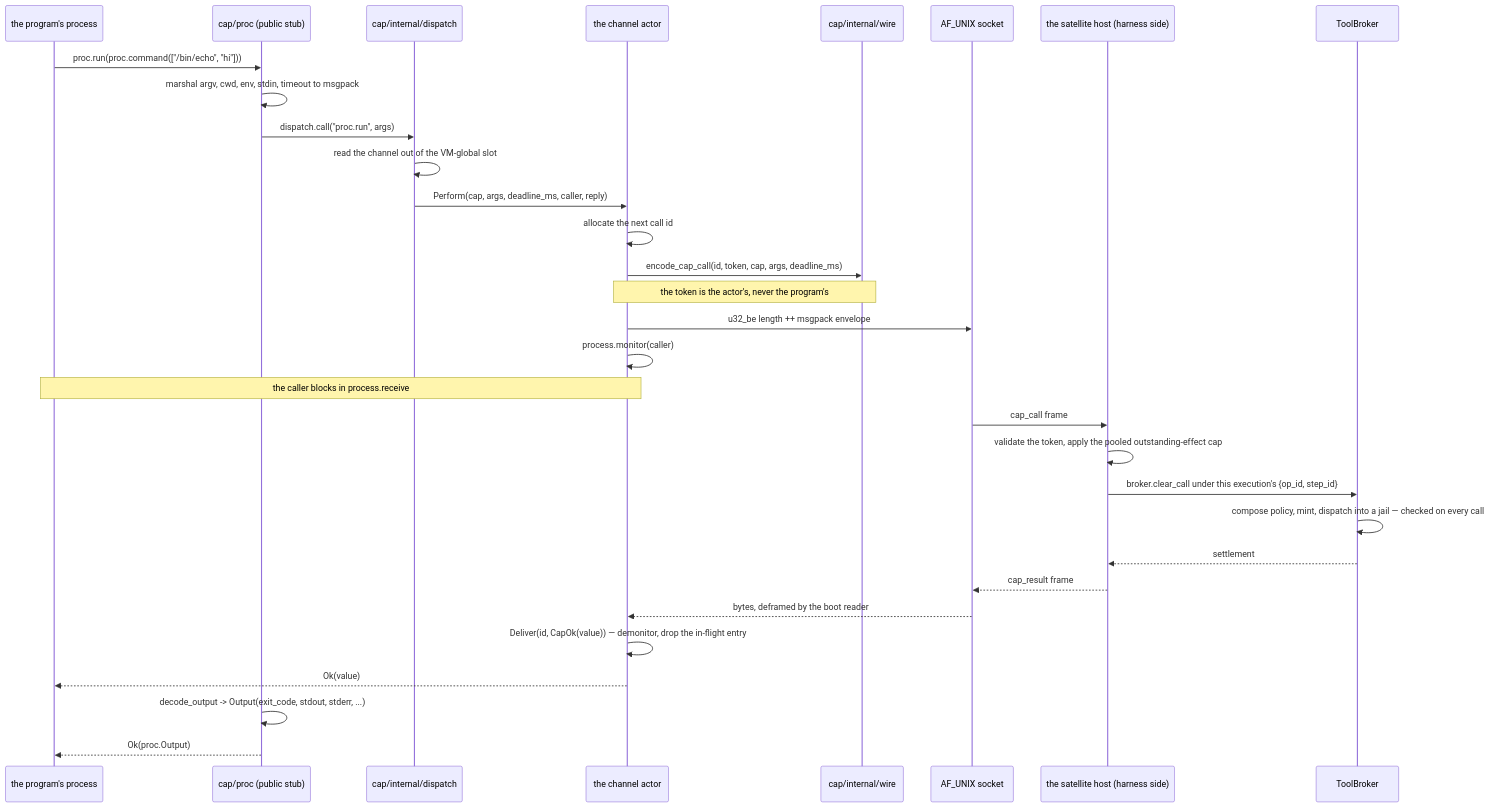
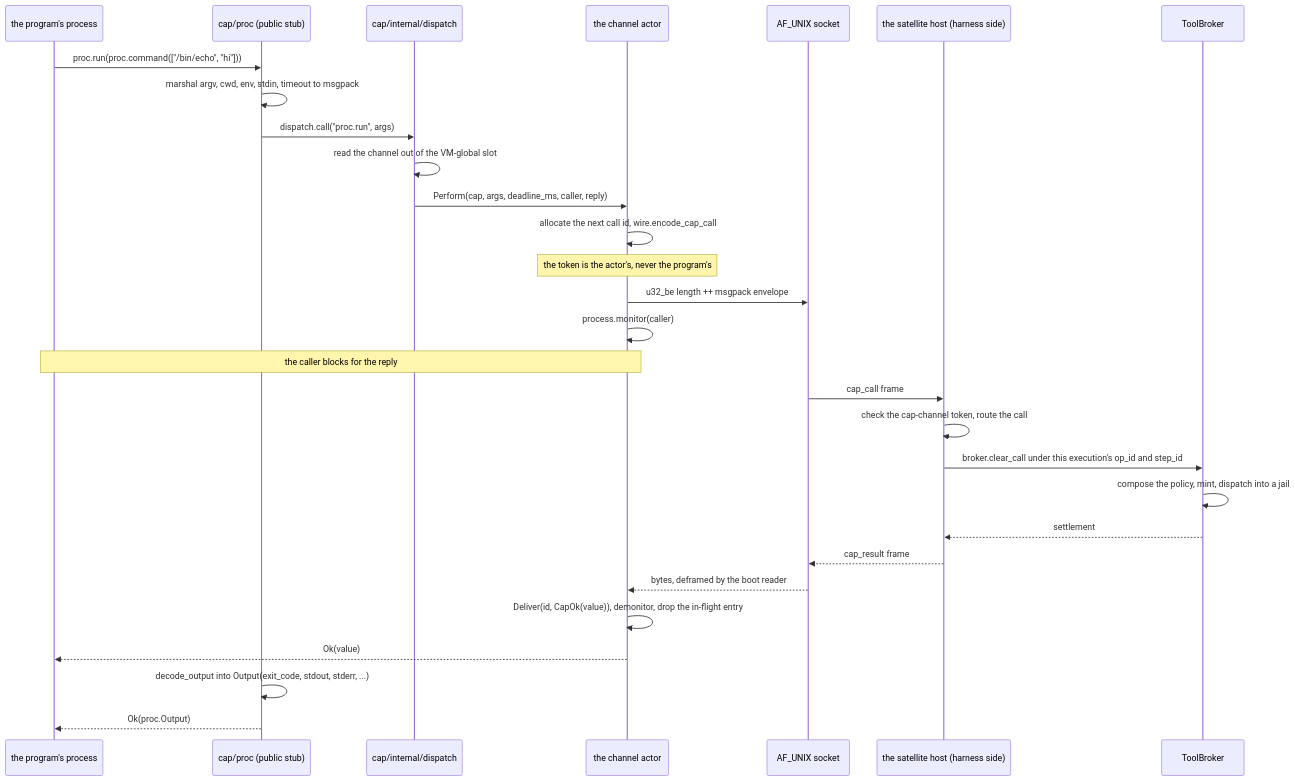
Before and after one commit to Roasbeef/loom: the second of 5 diagrams in packages/cap/README.md, drawn with Mermaid. The commit also changed other lines of this file, not shown here.

First line of the commit message:
cap: document which router answers each capability

````diff
--- a/packages/cap/README.md
+++ b/packages/cap/README.md
@@ -46,34 +77,32 @@
 ```mermaid
 sequenceDiagram
   participant P as the program's process
   participant M as cap/proc (public stub)
   participant D as cap/internal/dispatch
   participant C as the channel actor
-  participant W as cap/internal/wire
   participant S as AF_UNIX socket
   participant H as the satellite host (harness side)
   participant B as ToolBroker
 
   P->>M: proc.run(proc.command(["/bin/echo", "hi"]))
   M->>M: marshal argv, cwd, env, stdin, timeout to msgpack
   M->>D: dispatch.call("proc.run", args)
   D->>D: read the channel out of the VM-global slot
   D->>C: Perform(cap, args, deadline_ms, caller, reply)
-  C->>C: allocate the next call id
-  C->>W: encode_cap_call(id, token, cap, args, deadline_ms)
-  Note over C,W: the token is the actor's, never the program's
+  C->>C: allocate the next call id, wire.encode_cap_call
+  Note over C: the token is the actor's, never the program's
   C->>S: u32_be length ++ msgpack envelope
   C->>C: process.monitor(caller)
-  Note over P,C: the caller blocks in process.receive
+  Note over P,C: the caller blocks for the reply
   S->>H: cap_call frame
-  H->>H: validate the token, apply the pooled outstanding-effect cap
-  H->>B: broker.clear_call under this execution's {op_id, step_id}
-  B->>B: compose policy, mint, dispatch into a jail — checked on every call
+  H->>H: check the cap-channel token, route the call
+  H->>B: broker.clear_call under this execution's op_id and step_id
+  B->>B: compose the policy, mint, dispatch into a jail
   B-->>H: settlement
   H-->>S: cap_result frame
   S-->>C: bytes, deframed by the boot reader
-  C->>C: Deliver(id, CapOk(value)) — demonitor, drop the in-flight entry
+  C->>C: Deliver(id, CapOk(value)), demonitor, drop the in-flight entry
   C-->>P: Ok(value)
-  M->>M: decode_output -> Output(exit_code, stdout, stderr, ...)
+  M->>M: decode_output into Output(exit_code, stdout, stderr, ...)
   M-->>P: Ok(proc.Output)
 ```
````
